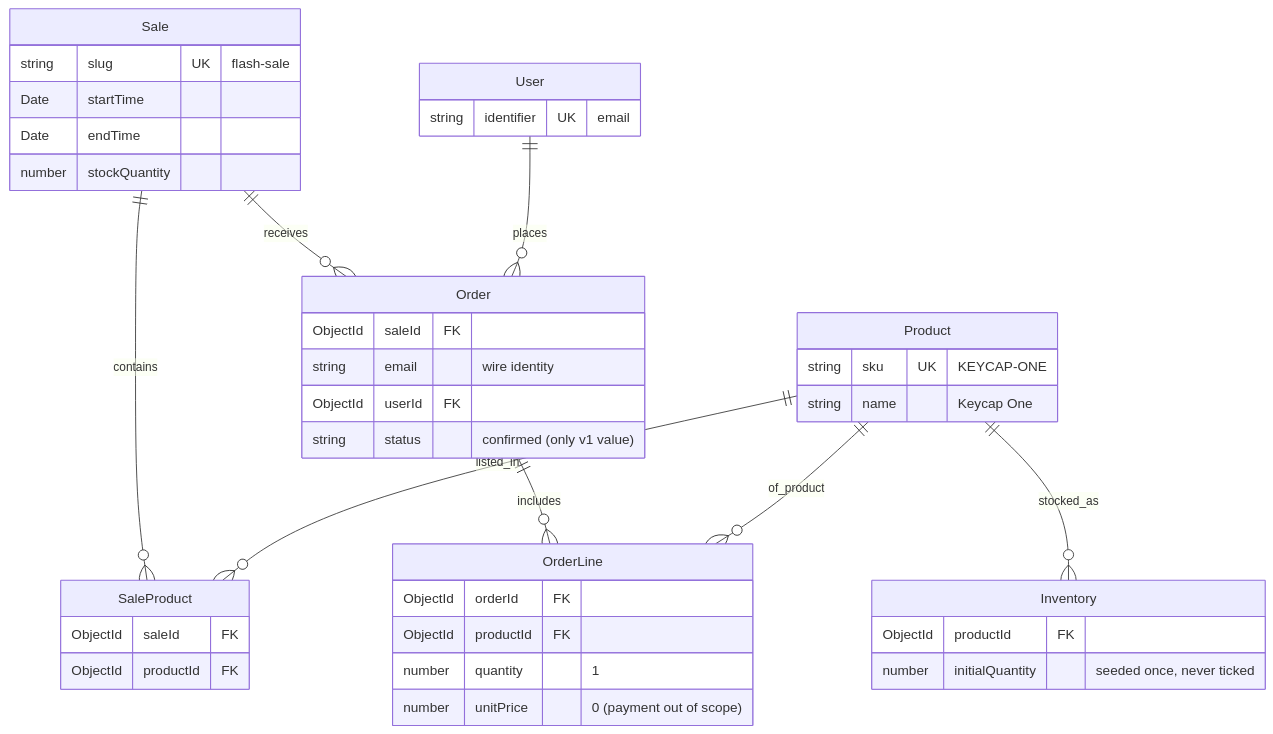
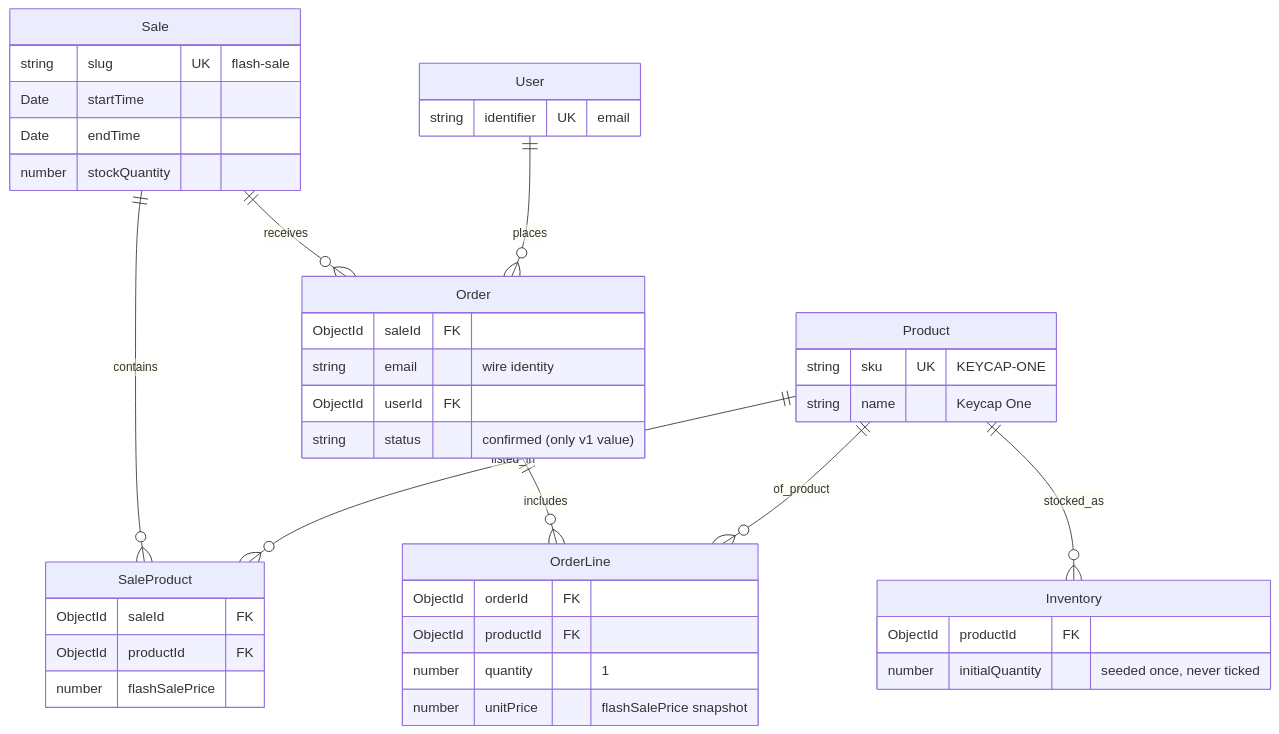
Before and after one commit to mjenh/flash-sale: the second of 2 diagrams in docs/architecture.md, drawn with Mermaid. The commit also changed other lines of this file and 1 other file, not shown here.

First line of the commit message:
docs: rewrite README and architecture.md from verified implementation

````diff
--- a/docs/architecture.md
+++ b/docs/architecture.md
@@ -369,44 +372,45 @@
 ```mermaid
 erDiagram
     Sale ||--o{ SaleProduct : contains
     Product ||--o{ SaleProduct : listed_in
     Product ||--o{ Inventory : stocked_as
     Sale ||--o{ Order : receives
     User ||--o{ Order : places
     Order ||--o{ OrderLine : includes
     Product ||--o{ OrderLine : of_product
 
     Sale {
         string slug UK "flash-sale"
         Date startTime
         Date endTime
         number stockQuantity
     }
     Product {
         string sku UK "KEYCAP-ONE"
         string name "Keycap One"
     }
     SaleProduct {
         ObjectId saleId FK
         ObjectId productId FK
+        number flashSalePrice
     }
     Inventory {
         ObjectId productId FK
         number initialQuantity "seeded once, never ticked"
     }
     User {
         string identifier UK "email"
     }
     Order {
         ObjectId saleId FK
         string email "wire identity"
         ObjectId userId FK
         string status "confirmed (only v1 value)"
     }
     OrderLine {
         ObjectId orderId FK
         ObjectId productId FK
         number quantity "1"
-        number unitPrice "0 (payment out of scope)"
+        number unitPrice "flashSalePrice snapshot"
     }
 ```
````
